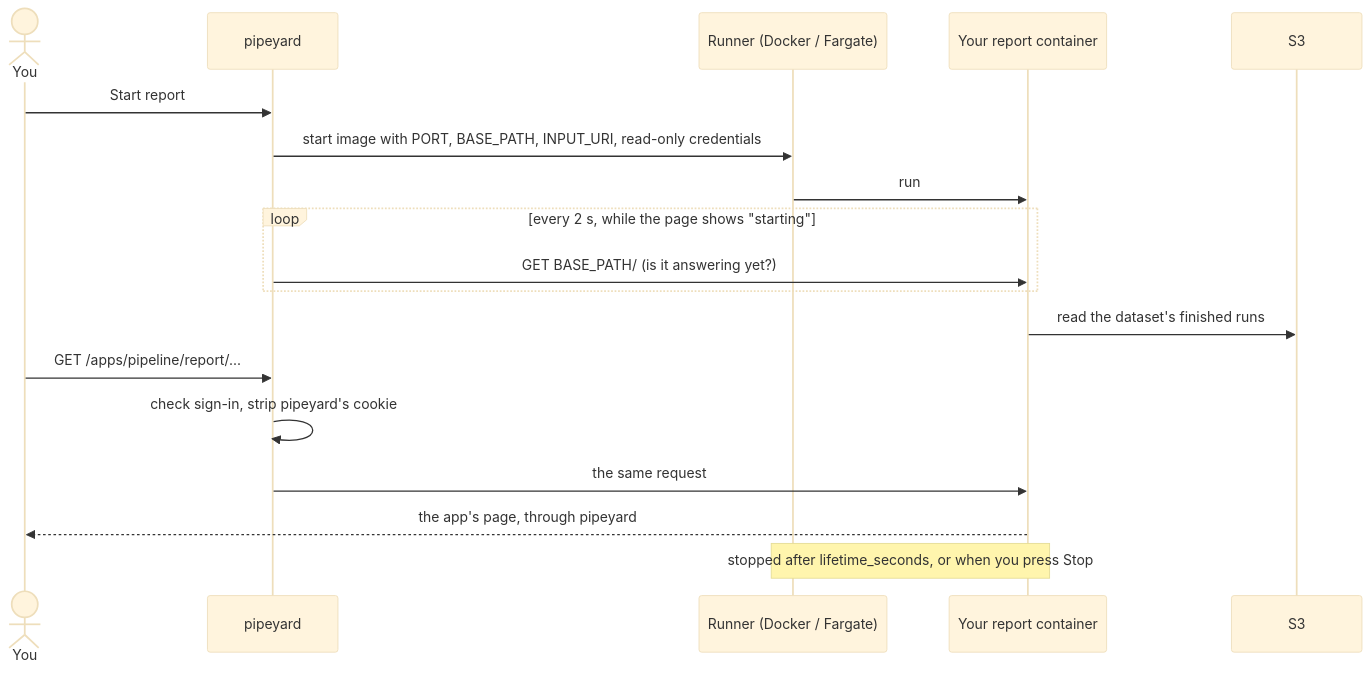
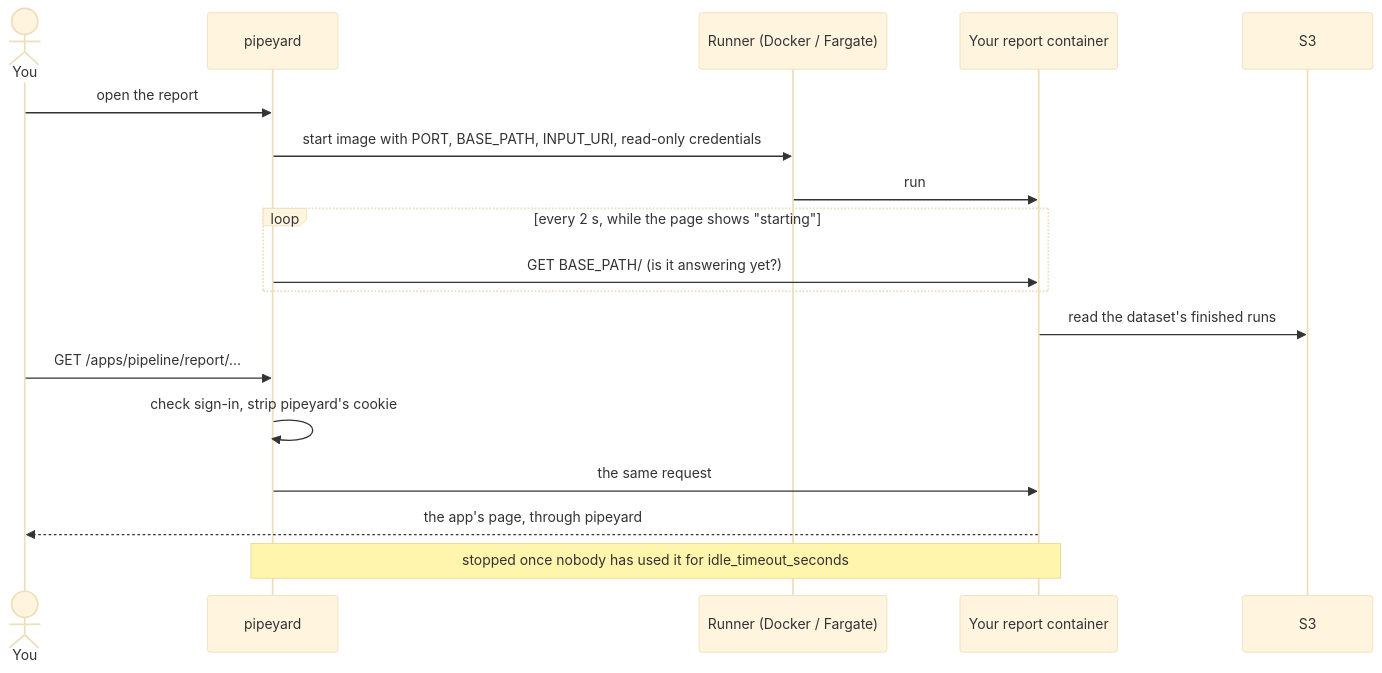
The second of 2 diagrams in docs/how-it-works.md (hungovercoders/pipeyard), drawn with Mermaid (base theme) before and after one commit. The commit also changed other lines of this file and 13 other files, not shown here.

First line of the commit message:
feat: report apps scale to zero when nobody is using them

````diff
--- a/docs/how-it-works.md
+++ b/docs/how-it-works.md
@@ -76,21 +76,21 @@
 ```mermaid
 sequenceDiagram
     actor You
     participant P as pipeyard
     participant R as Runner (Docker / Fargate)
     participant A as Your report container
     participant S as S3
 
-    You->>P: Start report
+    You->>P: open the report
     P->>R: start image with PORT, BASE_PATH, INPUT_URI, read-only credentials
     R->>A: run
     loop every 2 s, while the page shows "starting"
         P->>A: GET BASE_PATH/ (is it answering yet?)
     end
     A->>S: read the dataset's finished runs
     You->>P: GET /apps/pipeline/report/...
     P->>P: check sign-in, strip pipeyard's cookie
     P->>A: the same request
     A-->>You: the app's page, through pipeyard
-    Note over R,A: stopped after lifetime_seconds, or when you press Stop
+    Note over P,A: stopped once nobody has used it for idle_timeout_seconds
 ```
````
